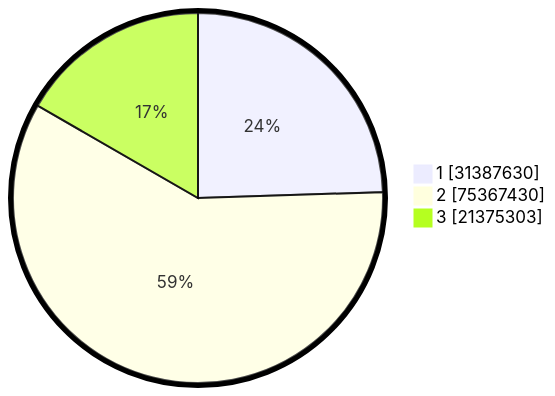
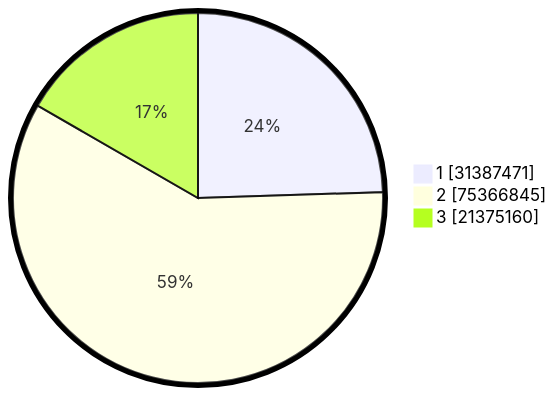
The second of 2 diagrams in pilpres/hitung-suara/README.md (gigit-pemilu/pemilu-2024), drawn with Mermaid before and after one commit. The commit also changed other lines of this file and 7 other files, not shown here.

````diff
--- a/pilpres/hitung-suara/README.md
+++ b/pilpres/hitung-suara/README.md
@@ -93,7 +93,7 @@
 ```mermaid
 %%{init: {"pie": {"textPosition": 0.5}, "themeVariables": {"pieOuterStrokeWidth": "5px"}} }%%
 pie showData
-    "1" : 31387630
-    "2" : 75367430
-    "3" : 21375303
+    "1" : 31387471
+    "2" : 75366845
+    "3" : 21375160
 ```
````
